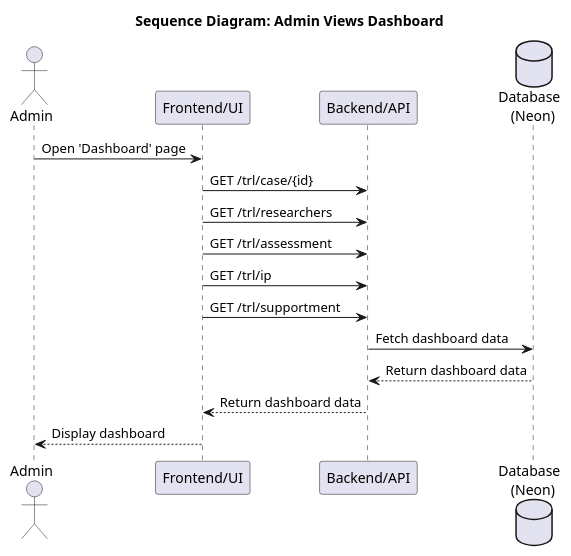
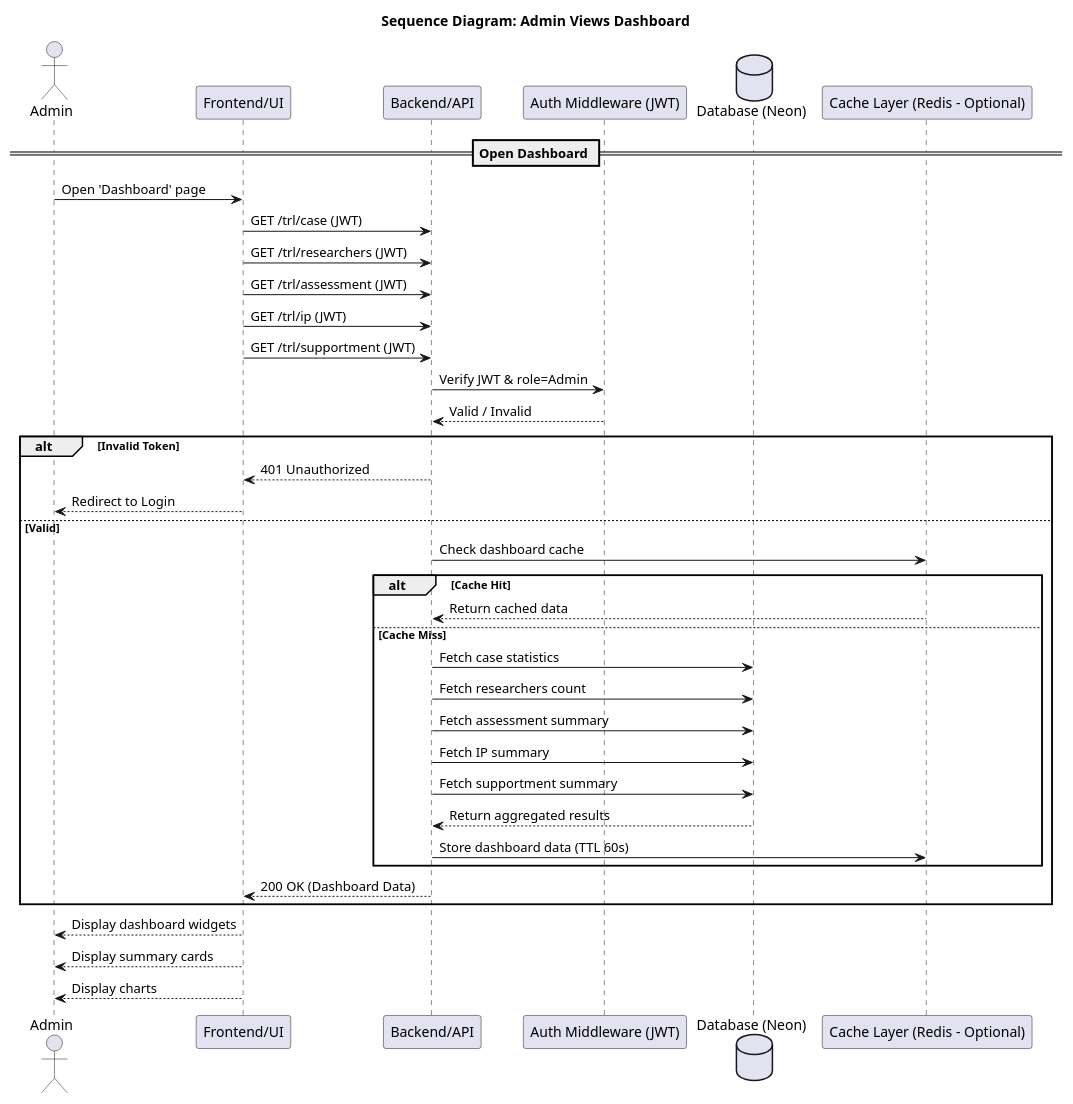
The diagram in sequence diagram/admin/admin_view_dashboard.puml (punyanuch-h/trl-research-frontend), drawn with PlantUML before and after one commit. The commit also changed 17 other files, not shown here.

Commit message:
fix(SCRUM-245): fix sequence diagram

```diff
--- a/sequence diagram/admin/admin_view_dashboard.puml
+++ b/sequence diagram/admin/admin_view_dashboard.puml
@@ -1,20 +1,44 @@
 @startuml
 title Sequence Diagram: Admin Views Dashboard
 
 actor Admin
 participant "Frontend/UI" as UI
 participant "Backend/API" as API
-database "Database \n (Neon)" as DB
+participant "Auth Middleware (JWT)" as AUTH
+database "Database (Neon)" as DB
+participant "Cache Layer (Redis - Optional)" as CACHE
 
+== Open Dashboard ==
 Admin -> UI: Open 'Dashboard' page
-UI -> API: GET /trl/case/{id}
-UI -> API: GET /trl/researchers
-UI -> API: GET /trl/assessment
-UI -> API: GET /trl/ip
-UI -> API: GET /trl/supportment
-API -> DB: Fetch dashboard data
-DB --> API: Return dashboard data
-API --> UI: Return dashboard data
-UI --> Admin: Display dashboard
+UI -> API: GET /trl/case (JWT)
+UI -> API: GET /trl/researchers (JWT)
+UI -> API: GET /trl/assessment (JWT)
+UI -> API: GET /trl/ip (JWT)
+UI -> API: GET /trl/supportment (JWT)
+API -> AUTH: Verify JWT & role=Admin
+AUTH --> API: Valid / Invalid
+
+alt Invalid Token
+    API --> UI: 401 Unauthorized
+    UI --> Admin: Redirect to Login
+else Valid
+    API -> CACHE: Check dashboard cache
+    alt Cache Hit
+        CACHE --> API: Return cached data
+    else Cache Miss
+        API -> DB: Fetch case statistics
+        API -> DB: Fetch researchers count
+        API -> DB: Fetch assessment summary
+        API -> DB: Fetch IP summary
+        API -> DB: Fetch supportment summary
+        DB --> API: Return aggregated results
+        API -> CACHE: Store dashboard data (TTL 60s)
+    end
+    API --> UI: 200 OK (Dashboard Data)
+end
+
+UI --> Admin: Display dashboard widgets
+UI --> Admin: Display summary cards
+UI --> Admin: Display charts
 
 @enduml
```
